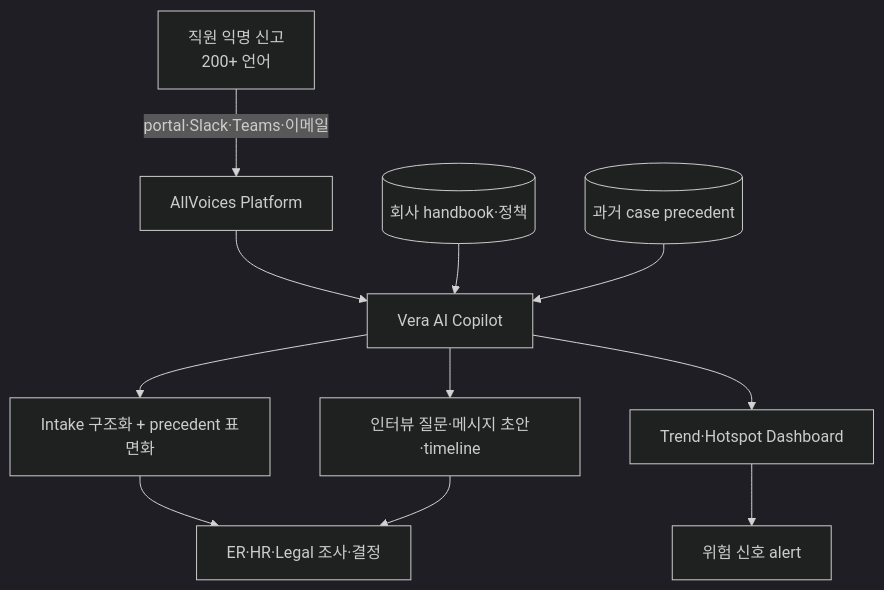
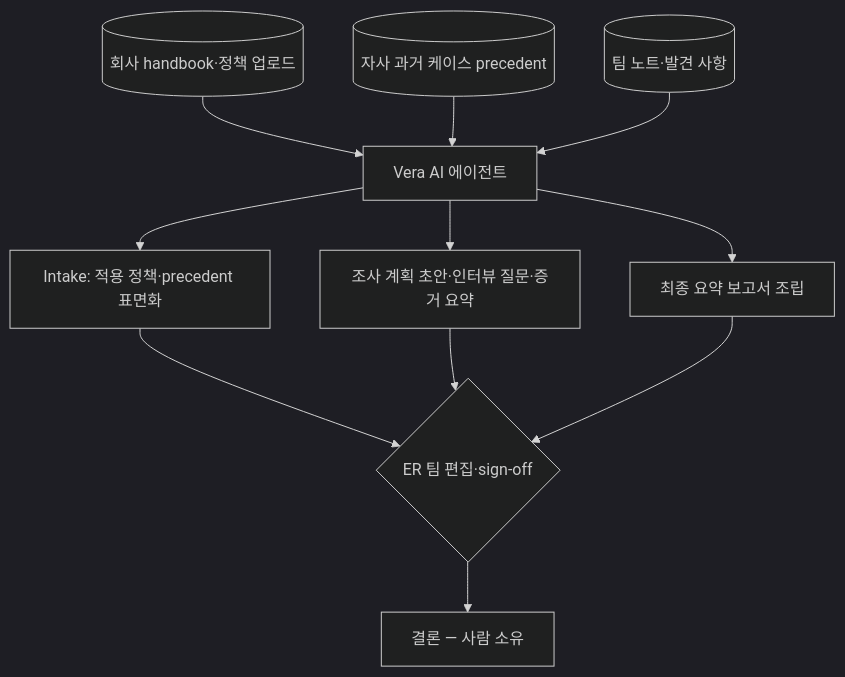
The diagram in wiki/usecases/allvoices-vera-ai-er-copilot.md (jameskim1st/hr-ai-benchmark), drawn with Mermaid (dark theme) before and after one commit. The commit also changed other lines of this file and 222 other files, not shown here.

````diff
--- a/wiki/usecases/allvoices-vera-ai-er-copilot.md
+++ b/wiki/usecases/allvoices-vera-ai-er-copilot.md
@@ -107,13 +103,13 @@
 ```mermaid
 flowchart TB
-    Emp[직원 익명 신고<br/>200+ 언어] -->|portal·Slack·Teams·이메일| AllVoices[AllVoices Platform]
-    AllVoices --> Vera[Vera AI Copilot]
-    Handbook[(회사 handbook·정책)] --> Vera
-    Past[(과거 case precedent)] --> Vera
-    Vera --> Intake[Intake 구조화 + precedent 표면화]
-    Vera --> Plan[인터뷰 질문·메시지 초안·timeline]
-    Intake --> ER[ER·HR·Legal 조사·결정]
+    Handbook[(회사 handbook·정책 업로드)] --> Vera[Vera AI 에이전트]
+    Past[(자사 과거 케이스 precedent)] --> Vera
+    Notes[(팀 노트·발견 사항)] --> Vera
+    Vera --> Intake[Intake: 적용 정책·precedent 표면화]
+    Vera --> Plan[조사 계획 초안·인터뷰 질문·증거 요약]
+    Vera --> Report[최종 요약 보고서 조립]
+    Intake --> ER{ER 팀 편집·sign-off}
     Plan --> ER
-    Vera --> Dashboard[Trend·Hotspot Dashboard]
-    Dashboard --> Risk[위험 신호 alert]
+    Report --> ER
+    ER --> Conclusion[결론 — 사람 소유]
 ```
````
